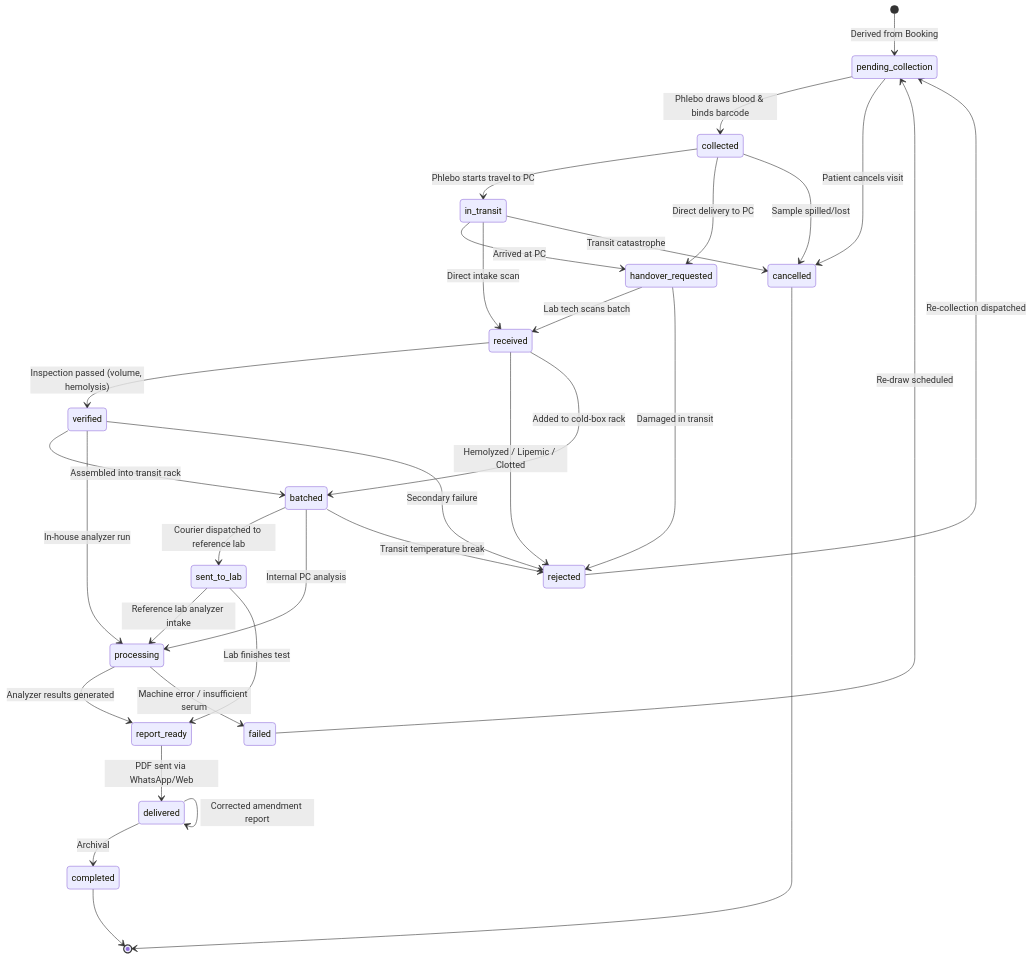
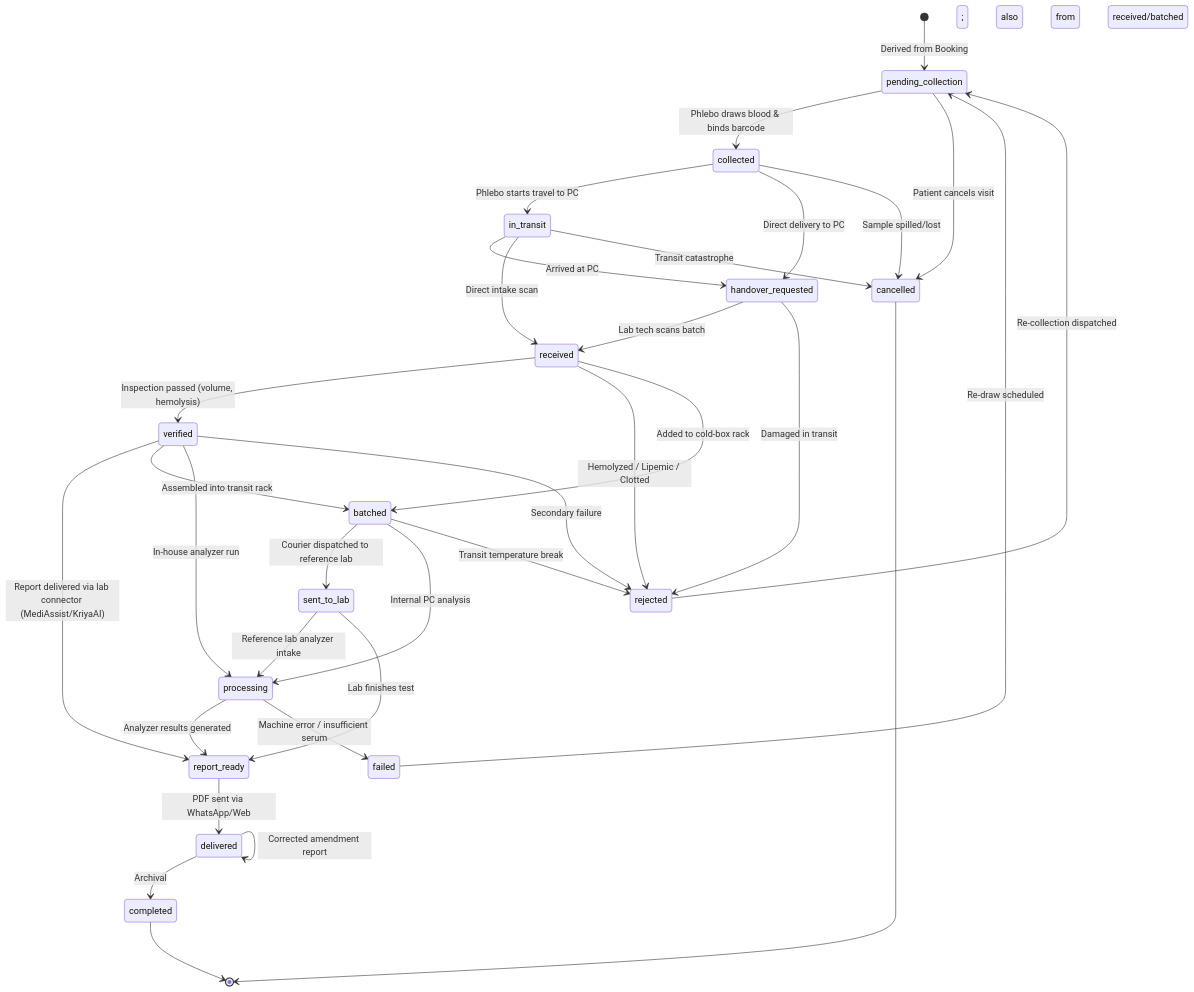
One commit to chaitanyakumar1403-sudo/CallmedEx changed the first of 2 diagrams in docs/forensics/16-STATE-MACHINES.md. Above: the diagram before and after it, drawn with Mermaid. The commit also changed other lines of this file and 32 other files, not shown here.

Commit message:
feat(lab): production hardening for lab dispatch, report versioning, capacity limits, and doorstep workflows

````diff
--- a/docs/forensics/16-STATE-MACHINES.md
+++ b/docs/forensics/16-STATE-MACHINES.md
@@ -14,45 +14,46 @@
 ```mermaid
 stateDiagram-v2
     [*] --> pending_collection: Derived from Booking
     pending_collection --> collected: Phlebo draws blood & binds barcode
     pending_collection --> cancelled: Patient cancels visit
 
     collected --> in_transit: Phlebo starts travel to PC
     collected --> handover_requested: Direct delivery to PC
     collected --> cancelled: Sample spilled/lost
 
     in_transit --> handover_requested: Arrived at PC
     in_transit --> received: Direct intake scan
     in_transit --> cancelled: Transit catastrophe
 
     handover_requested --> received: Lab tech scans batch
     handover_requested --> rejected: Damaged in transit
 
     received --> verified: Inspection passed (volume, hemolysis)
+    verified --> report_ready: Report delivered via lab connector (MediAssist/KriyaAI); also from received/batched
     received --> rejected: Hemolyzed / Lipemic / Clotted
     received --> batched: Added to cold-box rack
 
     verified --> batched: Assembled into transit rack
     verified --> processing: In-house analyzer run
     verified --> rejected: Secondary failure
 
     batched --> sent_to_lab: Courier dispatched to reference lab
     batched --> processing: Internal PC analysis
     batched --> rejected: Transit temperature break
 
     sent_to_lab --> processing: Reference lab analyzer intake
     sent_to_lab --> report_ready: Lab finishes test
 
     processing --> report_ready: Analyzer results generated
     processing --> failed: Machine error / insufficient serum
 
     report_ready --> delivered: PDF sent via WhatsApp/Web
     delivered --> completed: Archival
     delivered --> delivered: Corrected amendment report
 
     rejected --> pending_collection: Re-collection dispatched
     failed --> pending_collection: Re-draw scheduled
 
     completed --> [*]
     cancelled --> [*]
 ```
````
